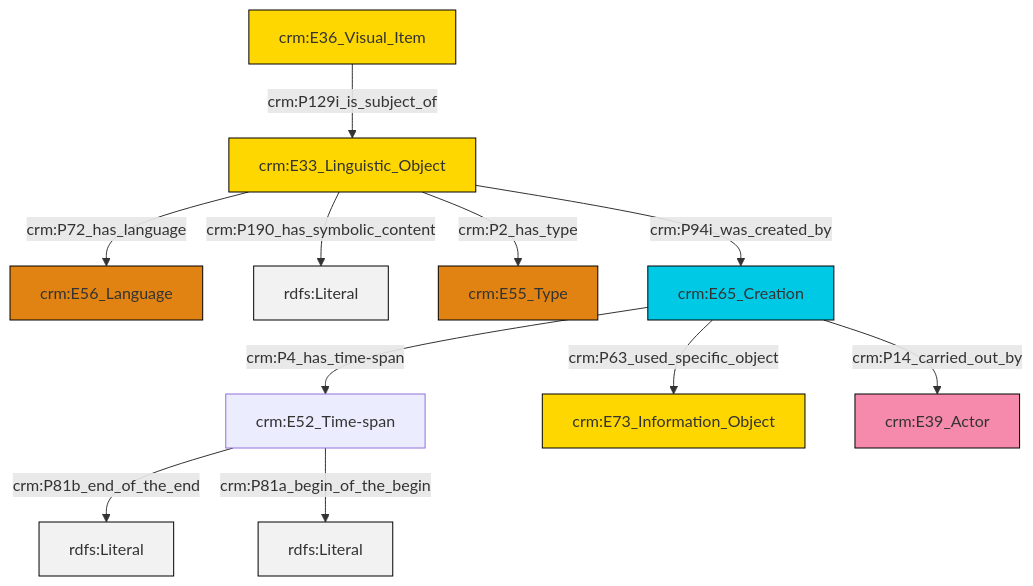
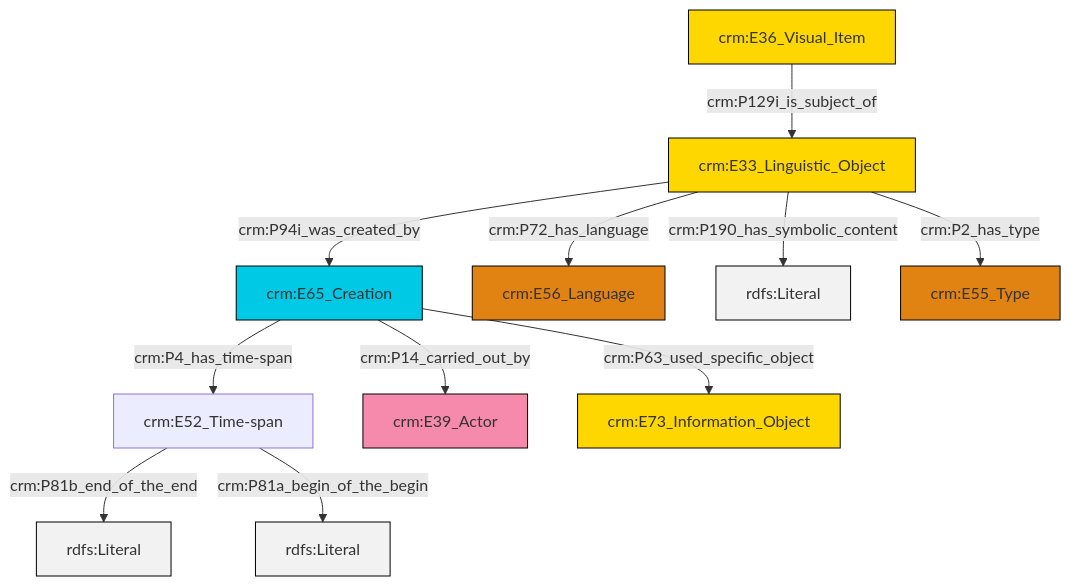
The diagram in et/imgCSV/ttl/mmd/img_desc.ttl.mmd (swiss-art-research-net/docs.swissartresearch), drawn with Mermaid before and after one commit. The commit also changed 175 other files, not shown here.

```diff
--- a/et/imgCSV/ttl/mmd/img_desc.ttl.mmd
+++ b/et/imgCSV/ttl/mmd/img_desc.ttl.mmd
@@ -1,25 +1,25 @@
 graph TD
 classDef Literal fill:#f2f2f2,stroke:#000000;
 classDef CRM_Entity fill:#FFFFFF,stroke:#000000;
 classDef Temporal_Entity fill:#00C9E6, stroke:#000000;
 classDef Type fill:#E18312, stroke:#000000;
 classDef Time-Span fill:#2C9C91, stroke:#000000;
 classDef Appellation fill:#FFEB7F, stroke:#000000;
 classDef Place fill:#008836, stroke:#000000;
 classDef Persistent_Item fill:#B266B2, stroke:#000000;
 classDef Conceptual_Object fill:#FFD700, stroke:#000000;
 classDef Physical_Thing fill:#D2B48C, stroke:#000000;
 classDef Actor fill:#f58aad, stroke:#000000;
 classDef PC_Classes fill:#4ce600, stroke:#000000;
 classDef Multi fill:#cccccc,stroke:#000000;
 
-0["crm:E33_Linguistic_Object"]:::Conceptual_Object -->|crm:P72_has_language| 1["crm:E56_Language"]:::Type
-0["crm:E33_Linguistic_Object"]:::Conceptual_Object -->|crm:P190_has_symbolic_content| 2[rdfs:Literal]:::Literal
-0["crm:E33_Linguistic_Object"]:::Conceptual_Object -->|crm:P2_has_type| 3["crm:E55_Type"]:::Type
-0["crm:E33_Linguistic_Object"]:::Conceptual_Object -->|crm:P94i_was_created_by| 4["crm:E65_Creation"]:::Temporal_Entity
-5["crm:E52_Time-span"]:::Default -->|crm:P81b_end_of_the_end| 6[rdfs:Literal]:::Literal
-4["crm:E65_Creation"]:::Temporal_Entity -->|crm:P63_used_specific_object| 7["crm:E73_Information_Object"]:::Conceptual_Object
-4["crm:E65_Creation"]:::Temporal_Entity -->|crm:P14_carried_out_by| 9["crm:E39_Actor"]:::Actor
-10["crm:E36_Visual_Item"]:::Conceptual_Object -->|crm:P129i_is_subject_of| 0["crm:E33_Linguistic_Object"]:::Conceptual_Object
-4["crm:E65_Creation"]:::Temporal_Entity -->|crm:P4_has_time-span| 5["crm:E52_Time-span"]:::Default
-5["crm:E52_Time-span"]:::Default -->|crm:P81a_begin_of_the_begin| 18[rdfs:Literal]:::Literal
+0["crm:E65_Creation"]:::Temporal_Entity -->|crm:P4_has_time-span| 1["crm:E52_Time-span"]:::Default
+1["crm:E52_Time-span"]:::Default -->|crm:P81b_end_of_the_end| 2[rdfs:Literal]:::Literal
+7["crm:E33_Linguistic_Object"]:::Conceptual_Object -->|crm:P94i_was_created_by| 0["crm:E65_Creation"]:::Temporal_Entity
+0["crm:E65_Creation"]:::Temporal_Entity -->|crm:P63_used_specific_object| 9["crm:E73_Information_Object"]:::Conceptual_Object
+7["crm:E33_Linguistic_Object"]:::Conceptual_Object -->|crm:P190_has_symbolic_content| 11[rdfs:Literal]:::Literal
+7["crm:E33_Linguistic_Object"]:::Conceptual_Object -->|crm:P2_has_type| 13["crm:E55_Type"]:::Type
+7["crm:E33_Linguistic_Object"]:::Conceptual_Object -->|crm:P72_has_language| 5["crm:E56_Language"]:::Type
+14["crm:E36_Visual_Item"]:::Conceptual_Object -->|crm:P129i_is_subject_of| 7["crm:E33_Linguistic_Object"]:::Conceptual_Object
+0["crm:E65_Creation"]:::Temporal_Entity -->|crm:P14_carried_out_by| 3["crm:E39_Actor"]:::Actor
+1["crm:E52_Time-span"]:::Default -->|crm:P81a_begin_of_the_begin| 16[rdfs:Literal]:::Literal
```
